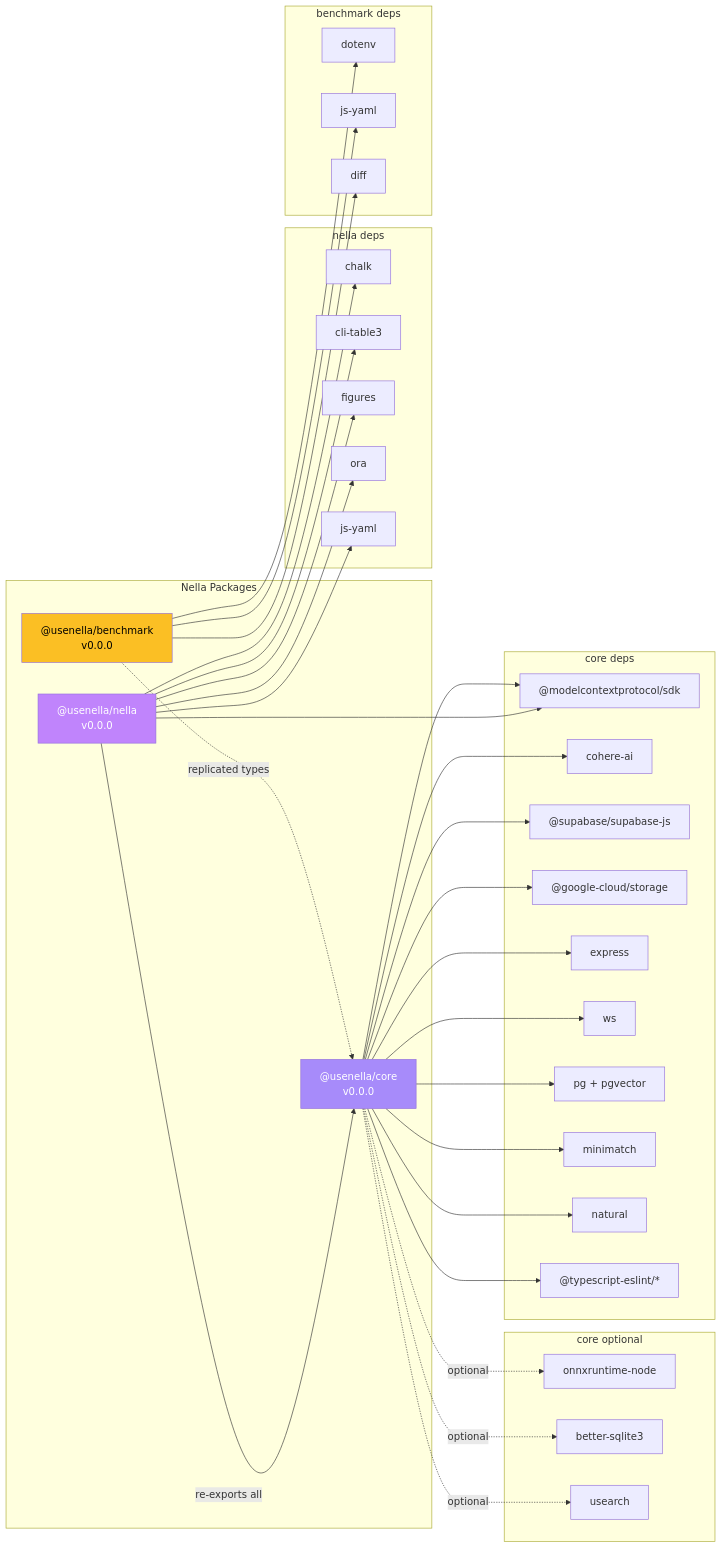
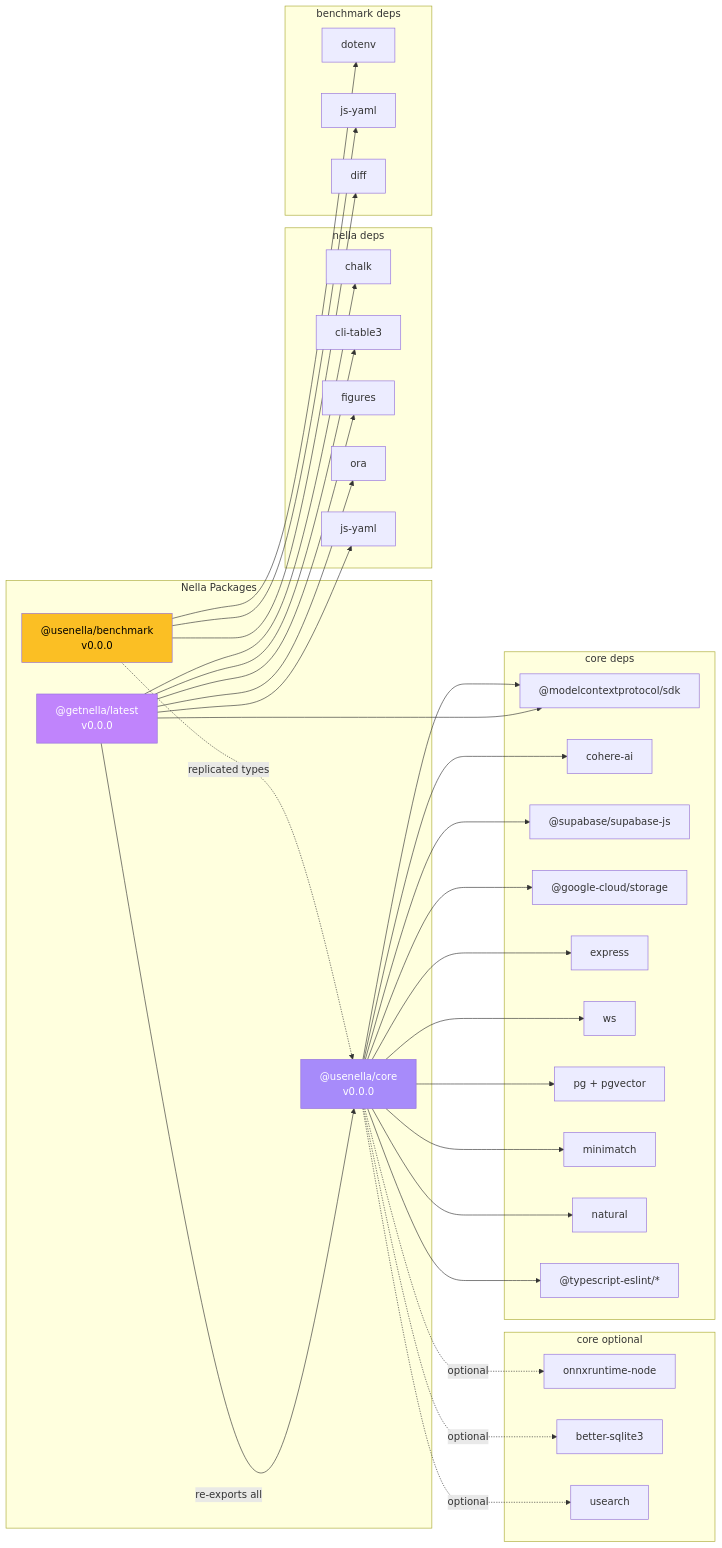
Before and after one commit to nella-labs/nella: the third of 24 diagrams in docs/architecture.md, drawn with Mermaid. The commit also changed other lines of this file and 34 other files, not shown here.

Commit message:
chore: rename package from @usenella/nella to @getnella/latest

````diff
--- a/docs/architecture.md
+++ b/docs/architecture.md
@@ -128,72 +128,72 @@
 ```mermaid
 graph LR
     subgraph packages["Nella Packages"]
-        nella["@usenella/nella<br/>v0.0.0"]
+        nella["@getnella/latest<br/>v0.0.0"]
         core["@usenella/core<br/>v0.0.0"]
         bench["@usenella/benchmark<br/>v0.0.0"]
     end
 
     subgraph nella_deps["nella deps"]
         chalk["chalk"]
         cli_table["cli-table3"]
         figures["figures"]
         ora["ora"]
         jsyaml1["js-yaml"]
     end
 
     subgraph core_deps["core deps"]
         mcp_sdk["@modelcontextprotocol/sdk"]
         cohere["cohere-ai"]
         supabase_js["@supabase/supabase-js"]
         gcs["@google-cloud/storage"]
         express["express"]
         ws_lib["ws"]
         pg["pg + pgvector"]
         minimatch["minimatch"]
         natural["natural"]
         ts_eslint["@typescript-eslint/*"]
     end
 
     subgraph core_optional["core optional"]
         onnx["onnxruntime-node"]
         sqlite["better-sqlite3"]
         usearch["usearch"]
     end
 
     subgraph bench_deps["benchmark deps"]
         dotenv["dotenv"]
         jsyaml2["js-yaml"]
         diff_lib["diff"]
     end
 
     nella -->|"re-exports all"| core
     nella --> mcp_sdk
     nella --> chalk
     nella --> cli_table
     nella --> figures
     nella --> ora
     nella --> jsyaml1
 
     core --> mcp_sdk
     core --> cohere
     core --> supabase_js
     core --> gcs
     core --> express
     core --> ws_lib
     core --> pg
     core --> minimatch
     core --> natural
     core --> ts_eslint
     core -.->|"optional"| onnx
     core -.->|"optional"| sqlite
     core -.->|"optional"| usearch
 
     bench -.->|"replicated types"| core
     bench --> dotenv
     bench --> jsyaml2
     bench --> diff_lib
 
     style nella fill:#c084fc,color:#fff
     style core fill:#a78bfa,color:#fff
     style bench fill:#fbbf24,color:#000
 ```
````
